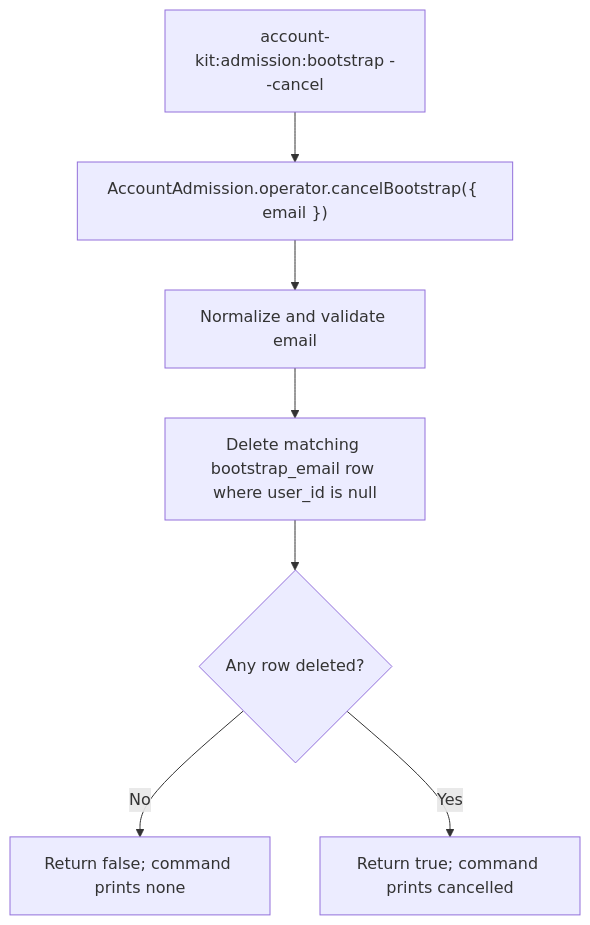
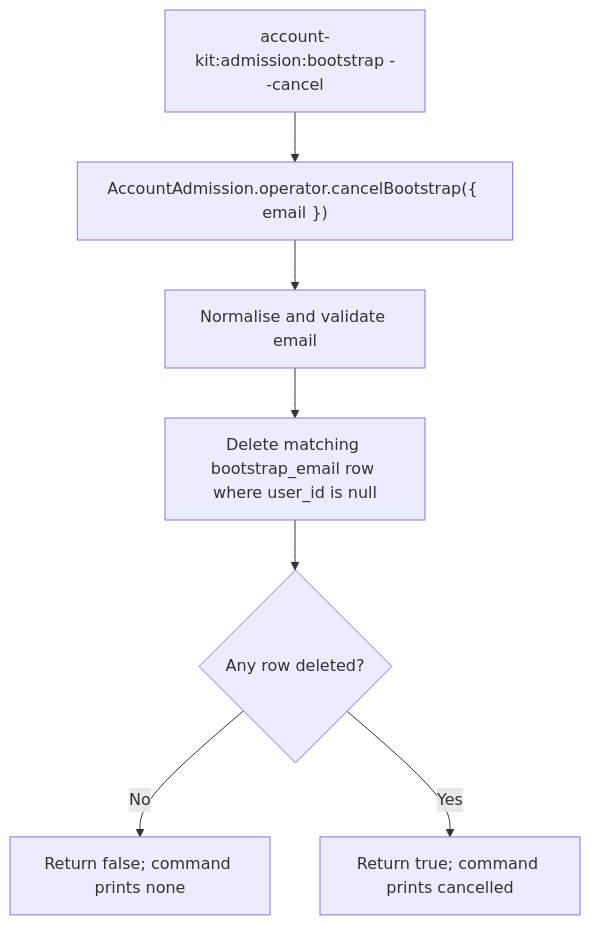
One commit to Kevinjohn/oss-adonisjs-account-kit changed the second of 2 diagrams in user-stories/US-ACCOUNT-47-cancel-admission-bootstrap.md. Above: the diagram before and after it, drawn with Mermaid. The commit also changed other lines of this file and 93 other files, not shown here.

````diff
--- a/user-stories/US-ACCOUNT-47-cancel-admission-bootstrap.md
+++ b/user-stories/US-ACCOUNT-47-cancel-admission-bootstrap.md
@@ -31,9 +31,9 @@
 ```mermaid
 flowchart TD
  A["account-kit:admission:bootstrap --cancel"] --> B["AccountAdmission.operator.cancelBootstrap({ email })"]
- B --> C["Normalize and validate email"]
+ B --> C["Normalise and validate email"]
  C --> D["Delete matching bootstrap_email row where user_id is null"]
  D --> E{"Any row deleted?"}
  E -->|No| F["Return false; command prints none"]
  E -->|Yes| G["Return true; command prints cancelled"]
 ```
````
